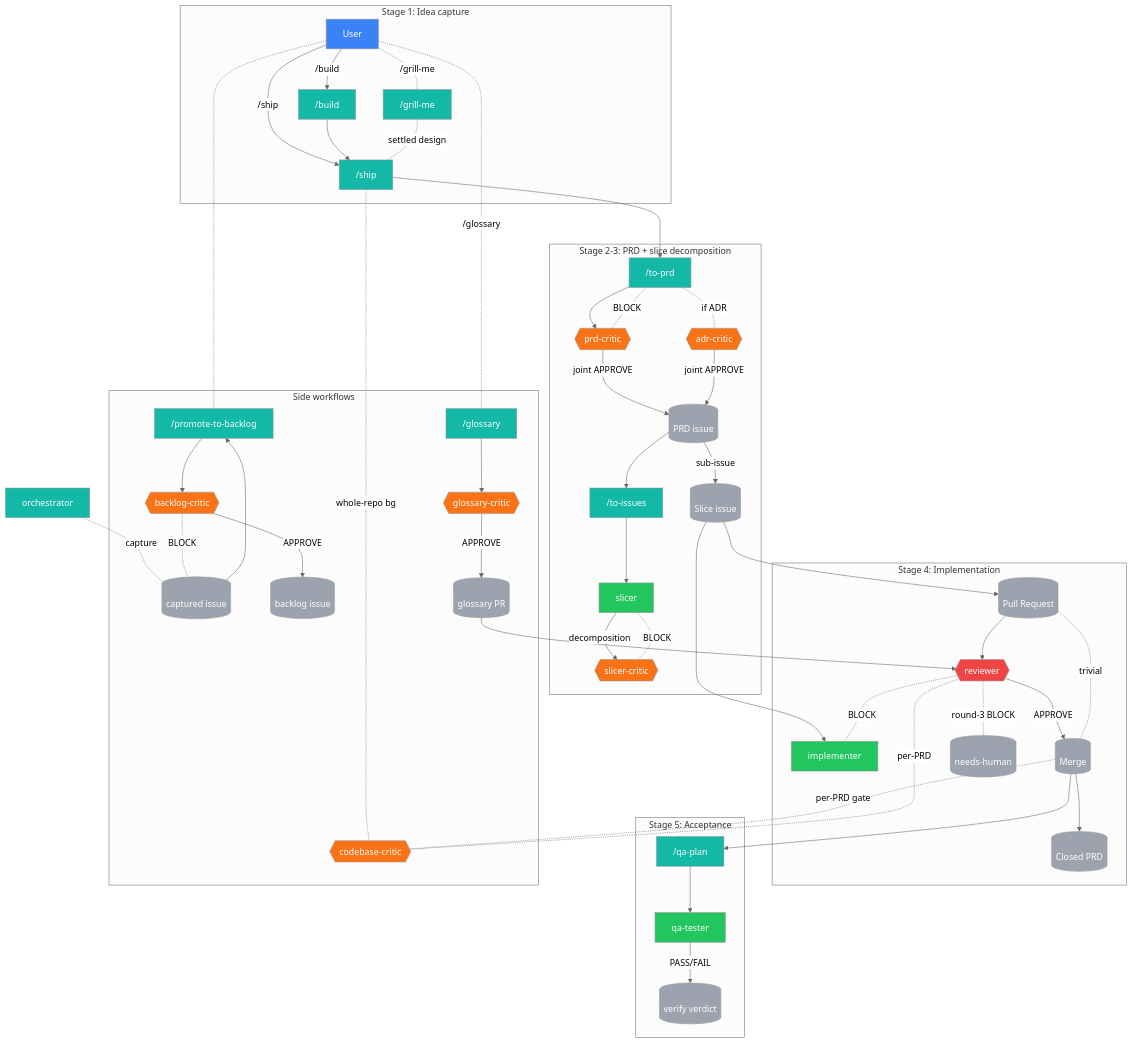
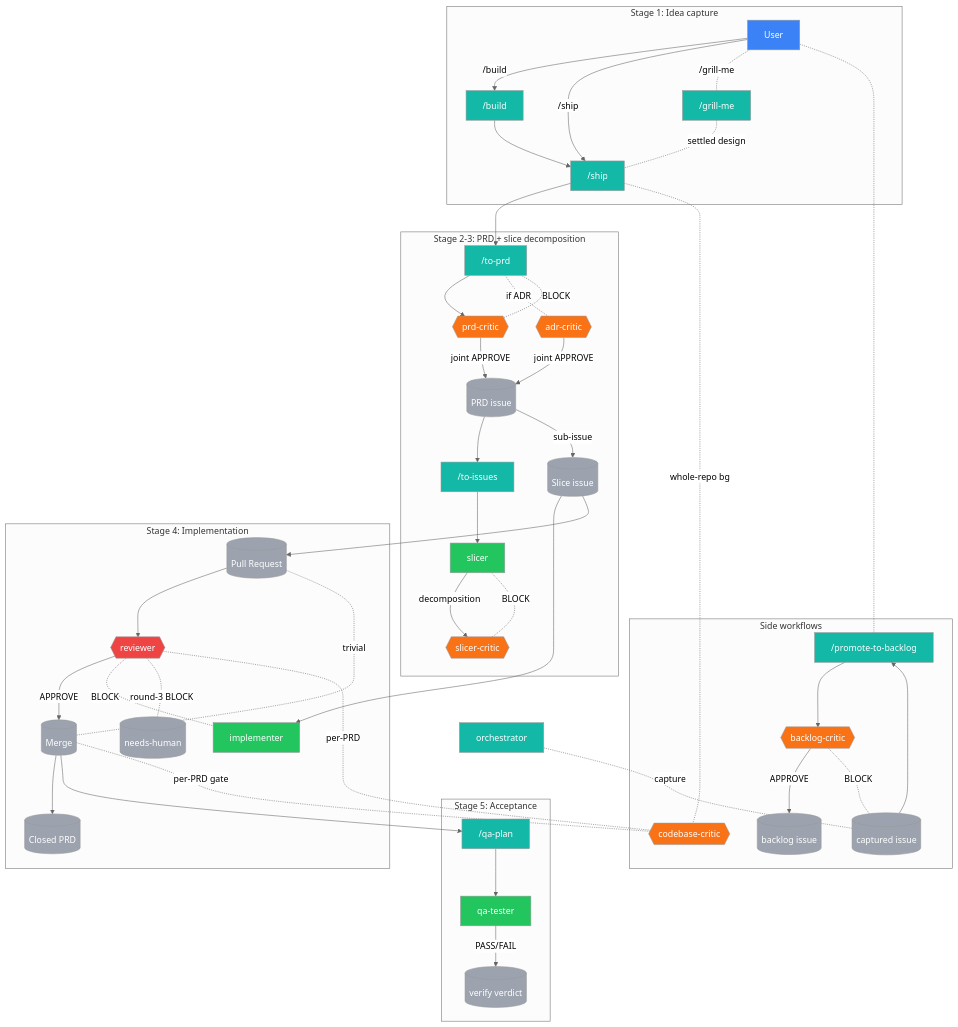
Before and after one commit to vojtech-stas/project-claude: the diagram in README.md, drawn with Mermaid (neutral theme). The commit also changed other lines of this file and 17 other files, not shown here.

````diff
--- a/README.md
+++ b/README.md
@@ -162,14 +162,11 @@
     verify_verdict[(verify verdict)]
   end
   subgraph SS["Side workflows"]
-    glossary["/glossary"]
     promote_to_backlog["/promote-to-backlog"]
-    glossary_critic{{glossary-critic}}
     backlog_critic{{backlog-critic}}
     codebase_critic{{codebase-critic}}
     captured_issue[(captured issue)]
     backlog_issue[(backlog issue)]
-    glossary_pr[(glossary PR)]
   end
   user -->|/build| build
   user -->|/ship| ship
@@ -201,10 +198,6 @@
   merge -.per-PRD gate.- codebase_critic
   codebase_critic -.per-PRD.- reviewer
   ship -.whole-repo bg.- codebase_critic
-  user -./glossary.- glossary
-  glossary --> glossary_critic
-  glossary_critic -->|APPROVE| glossary_pr
-  glossary_pr --> reviewer
   orchestrator -.capture.- captured_issue
   user -.- promote_to_backlog
   captured_issue --> promote_to_backlog
@@ -218,9 +211,9 @@
   classDef reviewer_cls fill:#ef4444,color:#fff
   classDef artifact fill:#9ca3af,color:#fff
   class user human
-  class build,glossary,grill_me,orchestrator,promote_to_backlog,qa_plan,ship,to_issues,to_prd skill
+  class build,grill_me,orchestrator,promote_to_backlog,qa_plan,ship,to_issues,to_prd skill
   class implementer,qa_tester,slicer gen
-  class adr_critic,backlog_critic,codebase_critic,glossary_critic,prd_critic,slicer_critic critic
+  class adr_critic,backlog_critic,codebase_critic,prd_critic,slicer_critic critic
   class reviewer reviewer_cls
-  class backlog_issue,captured_issue,closed_prd,glossary_pr,merge,needs_human,pr,prd_issue,slice_issue,verify_verdict artifact
+  class backlog_issue,captured_issue,closed_prd,merge,needs_human,pr,prd_issue,slice_issue,verify_verdict artifact
 ```
````
